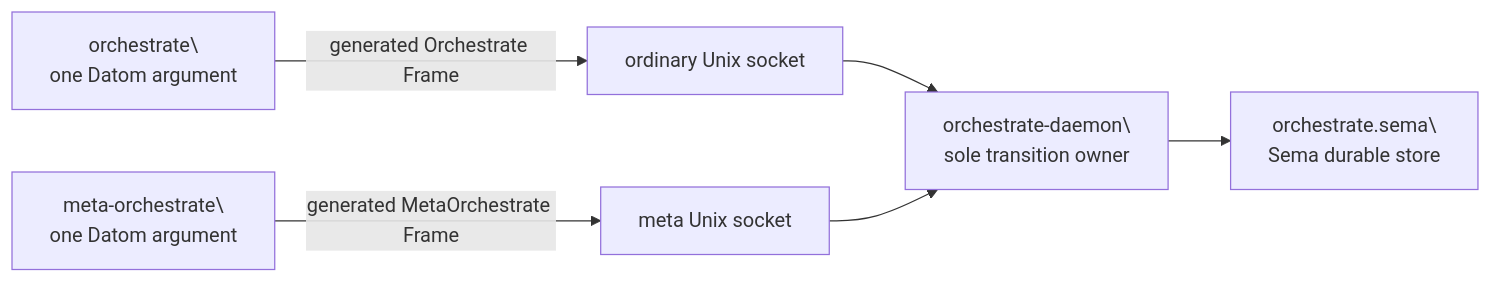
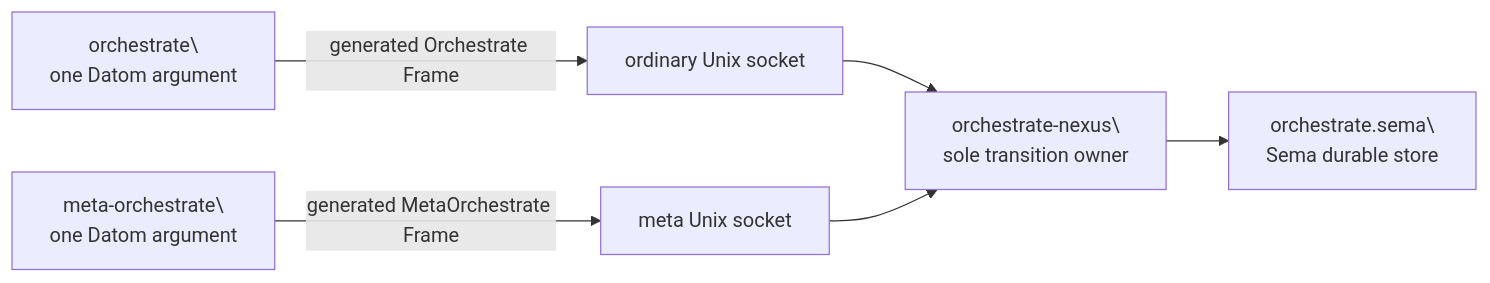
One commit to LiGoldragon/orchestrate changed the diagram in ARCHITECTURE.md. Above: the diagram before and after it, drawn with Mermaid. The commit also changed other lines of this file and 16 other files, not shown here.

Commit message:
Release Orchestrate Nexus

````diff
--- a/ARCHITECTURE.md
+++ b/ARCHITECTURE.md
@@ -9,8 +9,8 @@
 ```mermaid
 flowchart LR
     ordinary["orchestrate\\none Datom argument"] -->|"generated Orchestrate Frame"| normal["ordinary Unix socket"]
     meta["meta-orchestrate\\none Datom argument"] -->|"generated MetaOrchestrate Frame"| privileged["meta Unix socket"]
-    normal --> daemon
-    privileged --> daemon["orchestrate-daemon\\nsole transition owner"]
-    daemon --> store["orchestrate.sema\\nSema durable store"]
+    normal --> nexus
+    privileged --> nexus["orchestrate-nexus\\nsole transition owner"]
+    nexus --> store["orchestrate.sema\\nSema durable store"]
 ```
````
